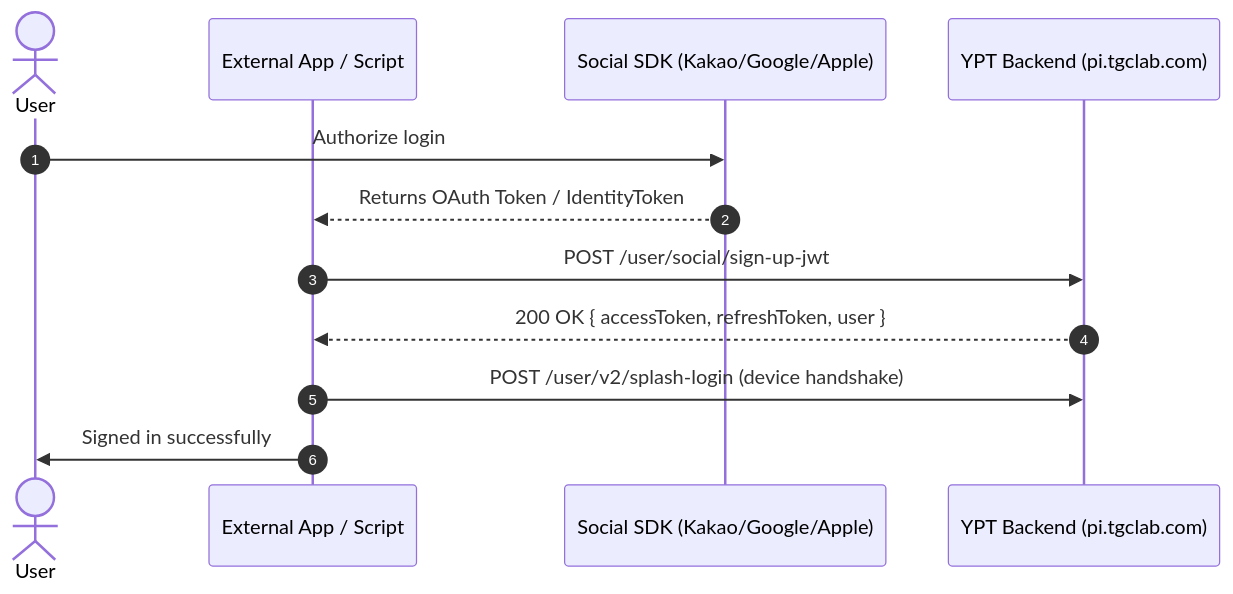
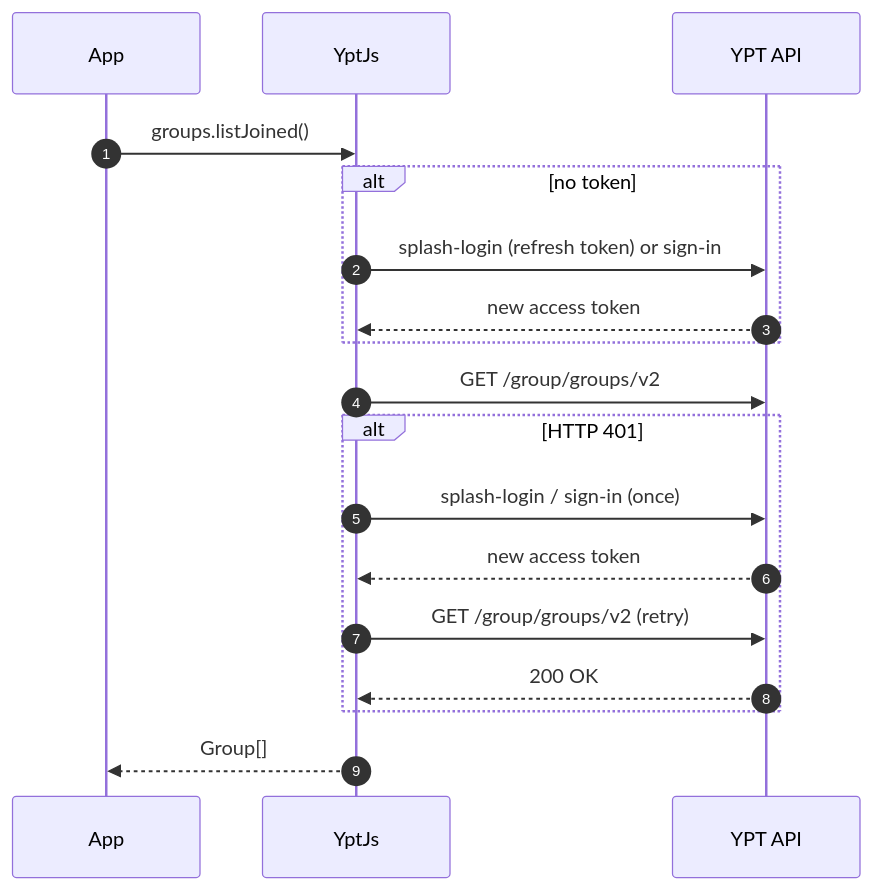
The diagram in docs/authentication.md (HyperAfnan/ypt-js), drawn with Mermaid before and after one commit. The commit also changed other lines of this file and 11 other files, not shown here.

````diff
--- a/docs/authentication.md
+++ b/docs/authentication.md
@@ -121,15 +252,21 @@
 ```mermaid
 sequenceDiagram
     autonumber
-    actor User
-    participant App as External App / Script
-    participant OAuth as Social SDK (Kakao/Google/Apple)
-    participant YPT as YPT Backend (pi.tgclab.com)
+    participant App
+    participant Client as YptJs
+    participant API as YPT API
 
-    User->>OAuth: Authorize login
-    OAuth-->>App: Returns OAuth Token / IdentityToken
-    App->>YPT: POST /user/social/sign-up-jwt
-    YPT-->>App: 200 OK { accessToken, refreshToken, user }
-    App->>YPT: POST /user/v2/splash-login (device handshake)
-    App->>User: Signed in successfully
+    App->>Client: groups.listJoined()
+    alt no token
+        Client->>API: splash-login (refresh token) or sign-in
+        API-->>Client: new access token
+    end
+    Client->>API: GET /group/groups/v2
+    alt HTTP 401
+        Client->>API: splash-login / sign-in (once)
+        API-->>Client: new access token
+        Client->>API: GET /group/groups/v2 (retry)
+        API-->>Client: 200 OK
+    end
+    Client-->>App: Group[]
 ```
````
